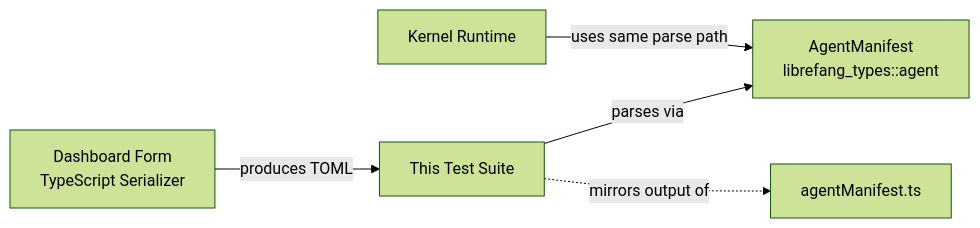
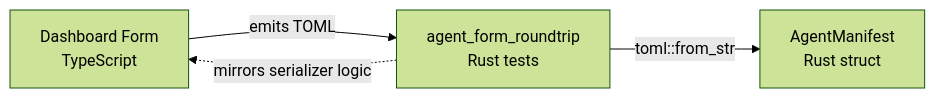
Before and after one commit to leszek3737/librefang-WIki: the diagram in other-librefang-types-tests.md, drawn with Mermaid (forest theme). The commit also changed other lines of this file and 93 other files, not shown here.

````diff
--- a/other-librefang-types-tests.md
+++ b/other-librefang-types-tests.md
@@ -20,7 +16,6 @@
 ```mermaid
-graph LR
-    A[Dashboard Form<br/>TypeScript Serializer] -->|produces TOML| B[This Test Suite]
-    B -->|parses via| C[AgentManifest<br/>librefang_types::agent]
-    B -.->|mirrors output of| D[agentManifest.ts]
-    E[Kernel Runtime] -->|uses same parse path| C
+flowchart LR
+    A[Dashboard Form<br/>TypeScript] -->|emits TOML| B[agent_form_roundtrip<br/>Rust tests]
+    B -->|toml::from_str| C[AgentManifest<br/>Rust struct]
+    B -.->|mirrors serializer logic| A
 ```
````
